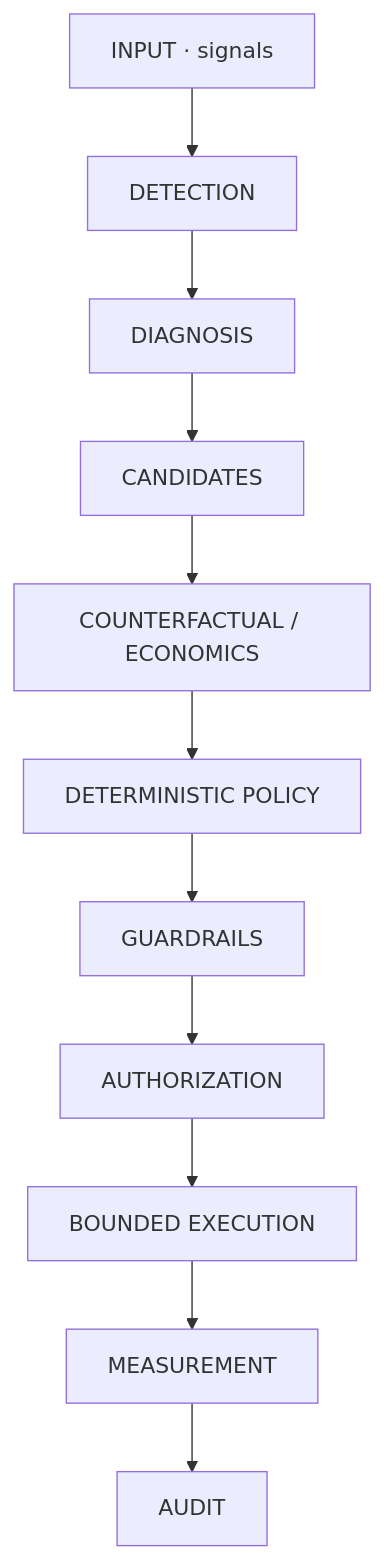
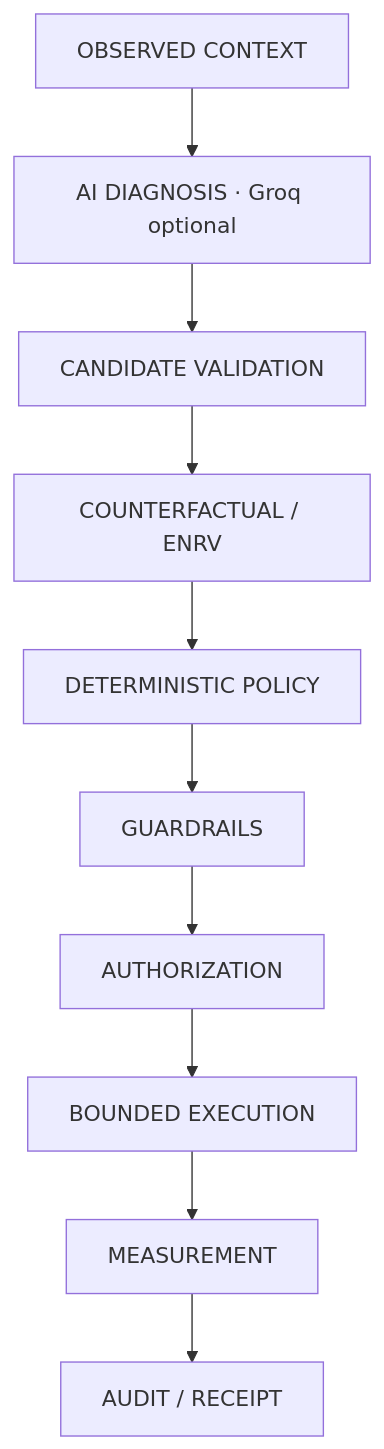
Before and after one commit to shriansh1625/razorpay_buildathon: the first of 3 diagrams in docs/43-operating-architecture.md, drawn with Mermaid. The commit also changed other lines of this file and 64 other files, not shown here.

````diff
--- a/docs/43-operating-architecture.md
+++ b/docs/43-operating-architecture.md
@@ -11,13 +11,12 @@
 ```mermaid
 flowchart TD
-  IN[INPUT · signals] --> DET[DETECTION]
-  DET --> DIAG[DIAGNOSIS]
-  DIAG --> CAND[CANDIDATES]
-  CAND --> CF[COUNTERFACTUAL / ECONOMICS]
+  CTX[OBSERVED CONTEXT] --> AI[AI DIAGNOSIS · Groq optional]
+  AI --> CAND[CANDIDATE VALIDATION]
+  CAND --> CF[COUNTERFACTUAL / ENRV]
   CF --> POL[DETERMINISTIC POLICY]
   POL --> GRD[GUARDRAILS]
   GRD --> AUTH[AUTHORIZATION]
   AUTH --> EX[BOUNDED EXECUTION]
   EX --> MEAS[MEASUREMENT]
-  MEAS --> AUD[AUDIT]
+  MEAS --> AUD[AUDIT / RECEIPT]
 ```
````
